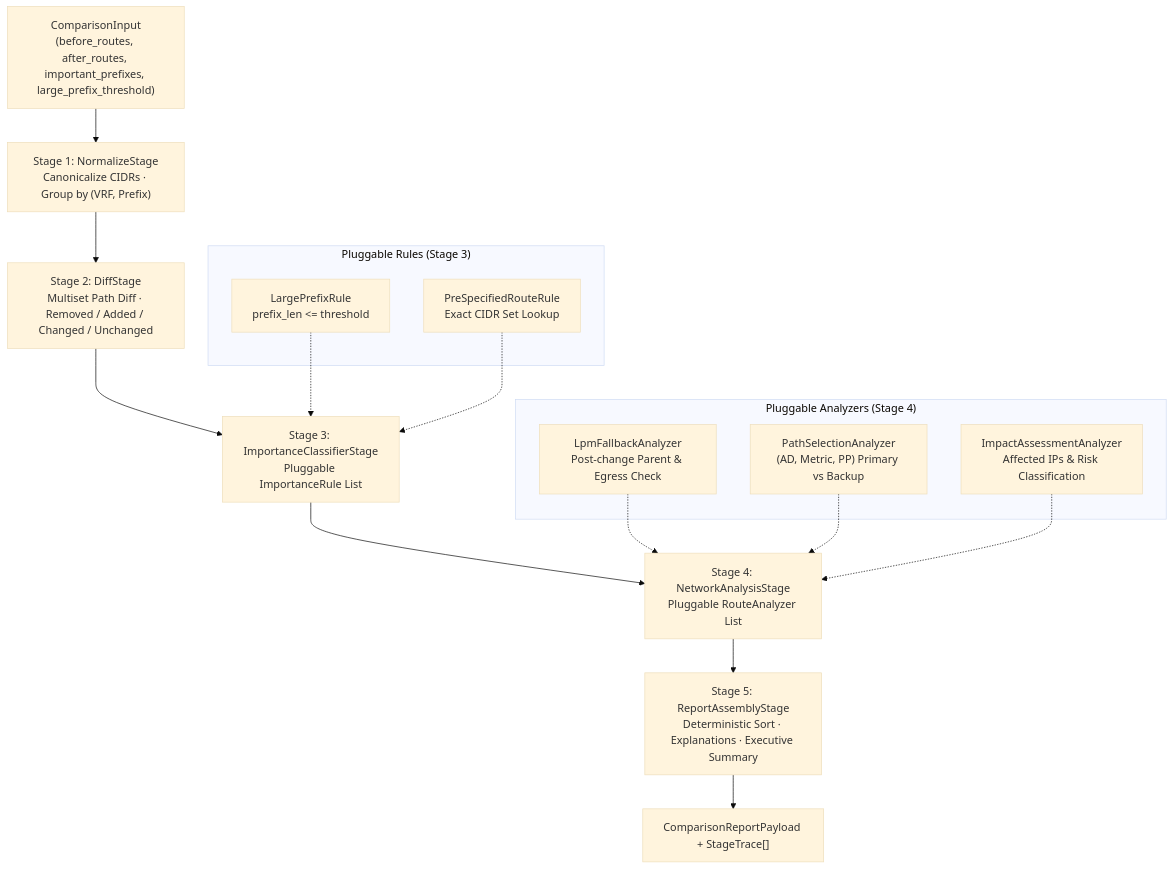
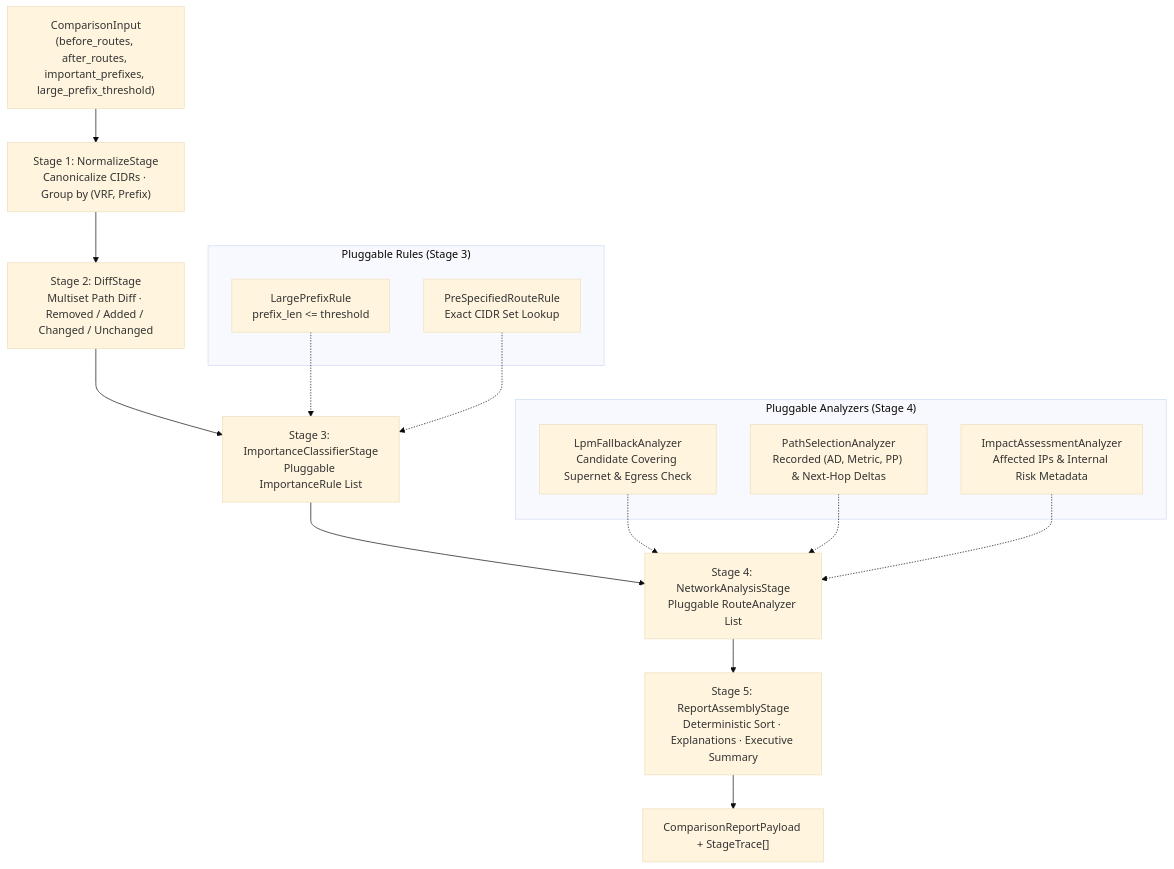
Before and after one commit to aitidog/netroute_guardian: the first of 2 diagrams in doc/pipeline-design.md, drawn with Mermaid (base theme). The commit also changed other lines of this file and 3 other files, not shown here.

````diff
--- a/doc/pipeline-design.md
+++ b/doc/pipeline-design.md
@@ -28,29 +28,29 @@
 ```mermaid
 flowchart TD
     Input["ComparisonInput<br/>(before_routes, after_routes, important_prefixes, large_prefix_threshold)"]
     Input --> S1
 
     S1["Stage 1: NormalizeStage<br/>Canonicalize CIDRs · Group by (VRF, Prefix)"] --> S2
     S2["Stage 2: DiffStage<br/>Multiset Path Diff · Removed / Added / Changed / Unchanged"] --> S3
     S3["Stage 3: ImportanceClassifierStage<br/>Pluggable ImportanceRule List"] --> S4
     S4["Stage 4: NetworkAnalysisStage<br/>Pluggable RouteAnalyzer List"] --> S5
     S5["Stage 5: ReportAssemblyStage<br/>Deterministic Sort · Explanations · Executive Summary"] --> Output
 
     subgraph Rules["Pluggable Rules (Stage 3)"]
         R1["LargePrefixRule<br/>prefix_len <= threshold"]
         R2["PreSpecifiedRouteRule<br/>Exact CIDR Set Lookup"]
     end
     R1 -.-> S3
     R2 -.-> S3
 
     subgraph Analyzers["Pluggable Analyzers (Stage 4)"]
-        A1["LpmFallbackAnalyzer<br/>Post-change Parent & Egress Check"]
-        A2["PathSelectionAnalyzer<br/>(AD, Metric, PP) Primary vs Backup"]
-        A3["ImpactAssessmentAnalyzer<br/>Affected IPs & Risk Classification"]
+        A1["LpmFallbackAnalyzer<br/>Candidate Covering Supernet & Egress Check"]
+        A2["PathSelectionAnalyzer<br/>Recorded (AD, Metric, PP) & Next-Hop Deltas"]
+        A3["ImpactAssessmentAnalyzer<br/>Affected IPs & Internal Risk Metadata"]
     end
     A1 -.-> S4
     A2 -.-> S4
     A3 -.-> S4
 
     Output["ComparisonReportPayload + StageTrace[]"]
 ```
````
